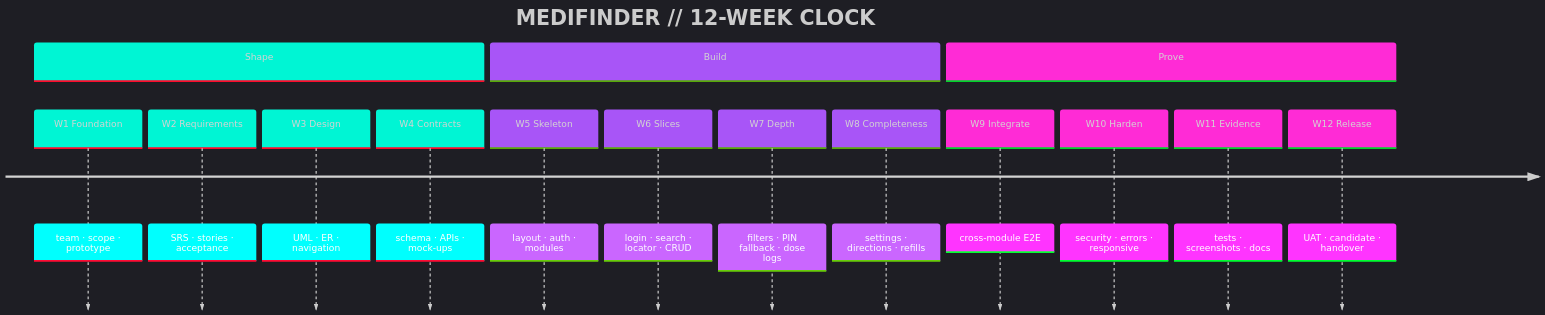
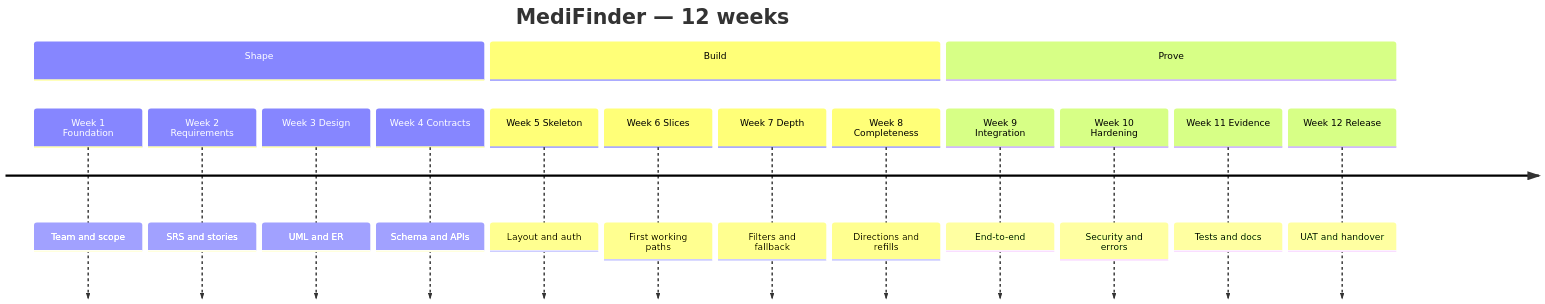
One commit to ratnsharma21/MediFinder changed the fourth of 5 diagrams in README.md. Above: the diagram before and after it, drawn with Mermaid. The commit also changed other lines of this file, not shown here.

````diff
--- a/README.md
+++ b/README.md
@@ -451,20 +421,19 @@
 ```mermaid
-%%{init: {'theme':'dark','themeVariables': {'cScale0':'#00f5d4','cScale1':'#a855f7','cScale2':'#ff2bd6','primaryTextColor':'#e0fff9'}}}%%
 timeline
-  title MEDIFINDER // 12-WEEK CLOCK
+  title MediFinder — 12 weeks
   section Shape
-    W1 Foundation     : team · scope · prototype
-    W2 Requirements   : SRS · stories · acceptance
-    W3 Design         : UML · ER · navigation
-    W4 Contracts      : schema · APIs · mock-ups
+    Week 1 Foundation : Team and scope
+    Week 2 Requirements : SRS and stories
+    Week 3 Design : UML and ER
+    Week 4 Contracts : Schema and APIs
   section Build
-    W5 Skeleton       : layout · auth · modules
-    W6 Slices         : login · search · locator · CRUD
-    W7 Depth          : filters · PIN fallback · dose logs
-    W8 Completeness   : settings · directions · refills
+    Week 5 Skeleton : Layout and auth
+    Week 6 Slices : First working paths
+    Week 7 Depth : Filters and fallback
+    Week 8 Completeness : Directions and refills
   section Prove
-    W9 Integrate      : cross-module E2E
-    W10 Harden        : security · errors · responsive
-    W11 Evidence      : tests · screenshots · docs
-    W12 Release       : UAT · candidate · handover
+    Week 9 Integration : End-to-end
+    Week 10 Hardening : Security and errors
+    Week 11 Evidence : Tests and docs
+    Week 12 Release : UAT and handover
 ```
````
